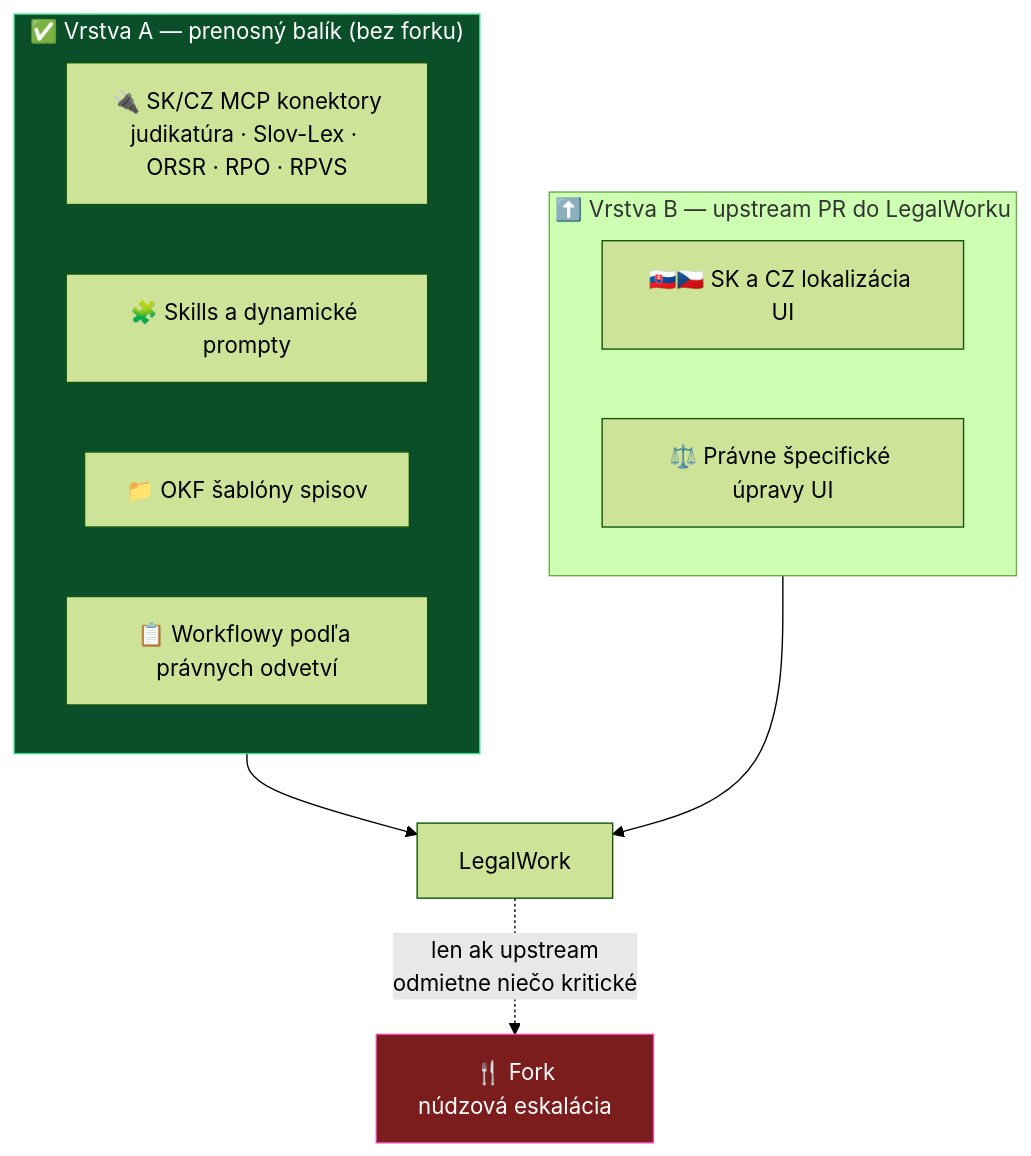
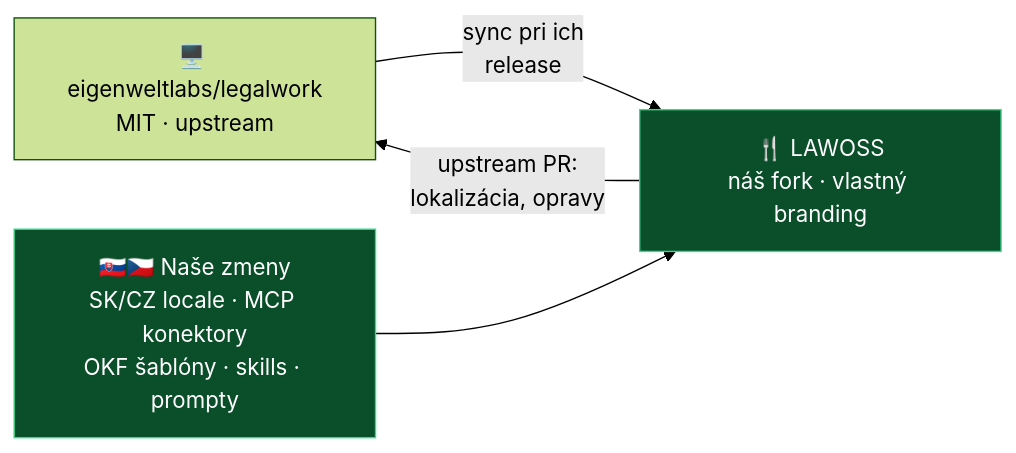
The diagram in decisions/0004-ako-rozsirit-legalwork.md (Omni-Legal-Products/lawOSS-like-SK-CZ), drawn with Mermaid (forest theme) before and after one commit. The commit also changed other lines of this file and 5 other files, not shown here.

````diff
--- a/decisions/0004-ako-rozsirit-legalwork.md
+++ b/decisions/0004-ako-rozsirit-legalwork.md
@@ -42,21 +17,11 @@
 ```mermaid
-flowchart TD
-    subgraph A["✅ Vrstva A — prenosný balík (bez forku)"]
-        A1["🔌 SK/CZ MCP konektory<br/>judikatúra · Slov-Lex · ORSR · RPO · RPVS"]
-        A2["🧩 Skills a dynamické prompty"]
-        A3["📁 OKF šablóny spisov"]
-        A4["📋 Workflowy podľa právnych odvetví"]
-    end
-    subgraph B["⬆️ Vrstva B — upstream PR do LegalWorku"]
-        B1["🇸🇰🇨🇿 SK a CZ lokalizácia UI"]
-        B2["⚖️ Právne špecifické úpravy UI"]
-    end
-    F["🍴 Fork<br/>núdzová eskalácia"]
-    A --> LW["LegalWork"]
-    B --> LW
-    LW -.->|"len ak upstream<br/>odmietne niečo kritické"| F
-    classDef good fill:#0b4f2a,stroke:#3ad98b,color:#fff
-    classDef bad fill:#7c1d1d,stroke:#e4a,color:#fff
-    class A good
-    class F bad
+flowchart LR
+    EW["🖥️ eigenweltlabs/legalwork<br/>MIT · upstream"]
+    F["🍴 LAWOSS<br/>náš fork · vlastný branding"]
+    N["🇸🇰🇨🇿 Naše zmeny<br/>SK/CZ locale · MCP konektory<br/>OKF šablóny · skills · prompty"]
+    EW -->|"sync pri ich<br/>release"| F
+    N --> F
+    F -->|"upstream PR:<br/>lokalizácia, opravy"| EW
+    classDef ours fill:#0b4f2a,stroke:#3ad98b,color:#fff
+    class F,N ours
 ```
````
